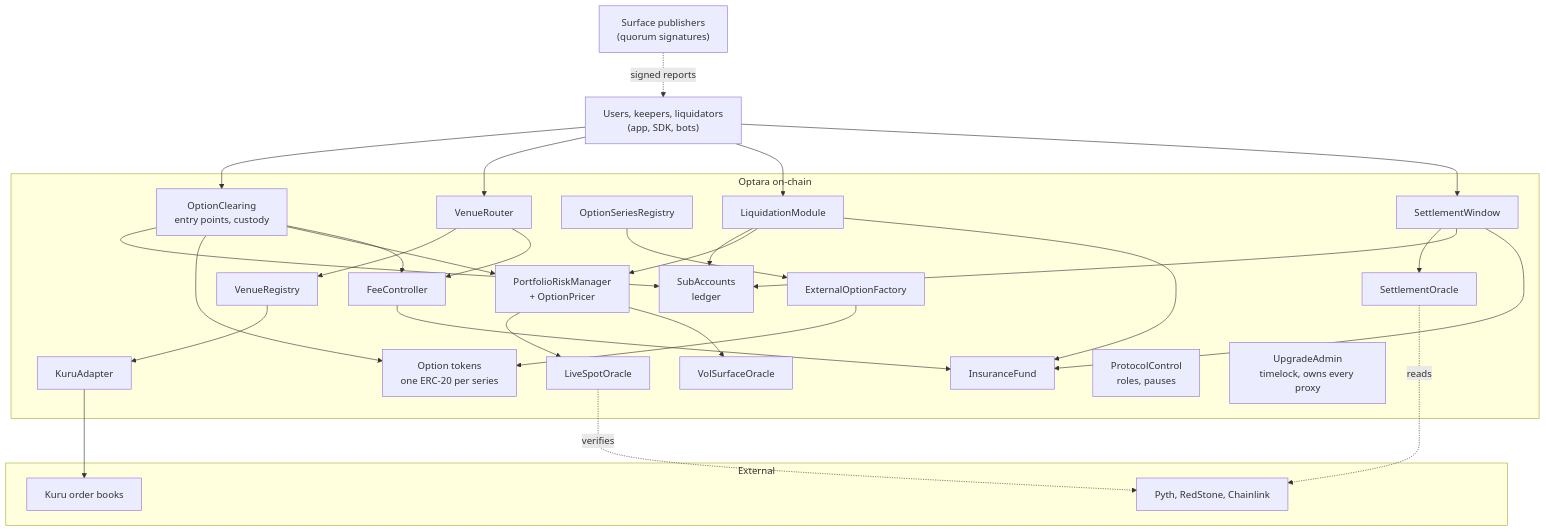
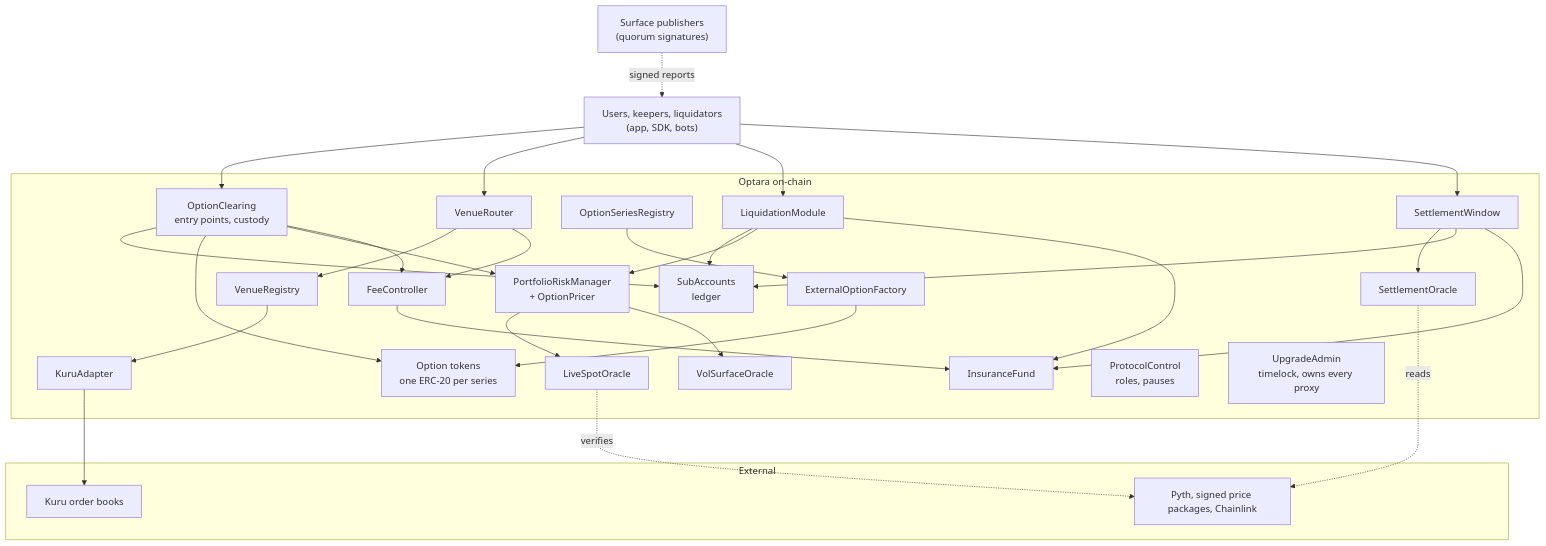
The fourth of 16 diagrams in README.md (Synsight-lab/Optara), drawn with Mermaid before and after one commit. The commit also changed other lines of this file and 21 other files, not shown here.

First line of the commit message:
Testnet MON prices from Optara's price node (Cloudflare Worker); rename RedStone-specific off-chain names

````diff
--- a/README.md
+++ b/README.md
@@ -163,50 +163,50 @@
 ```mermaid
 flowchart TB
     U["Users, keepers, liquidators<br/>(app, SDK, bots)"]
     PUB["Surface publishers<br/>(quorum signatures)"]
     subgraph Ext["External"]
         KU["Kuru order books"]
-        OR["Pyth, RedStone, Chainlink"]
+        OR["Pyth, signed price packages, Chainlink"]
     end
     subgraph Core["Optara on-chain"]
         VR["VenueRouter"] --> VG["VenueRegistry"]
         VG --> KA["KuruAdapter"]
         OC["OptionClearing<br/>entry points, custody"]
         SA["SubAccounts<br/>ledger"]
         REG["OptionSeriesRegistry"]
         FAC["ExternalOptionFactory"] --> WR["Option tokens<br/>one ERC-20 per series"]
         PRM["PortfolioRiskManager<br/>+ OptionPricer"]
         LSO["LiveSpotOracle"]
         VSO["VolSurfaceOracle"]
         SO["SettlementOracle"]
         SW["SettlementWindow"]
         LM["LiquidationModule"]
         FC["FeeController"]
         IF["InsuranceFund"]
         PC["ProtocolControl<br/>roles, pauses"]
         UA["UpgradeAdmin<br/>timelock, owns every proxy"]
     end
     U --> OC
     U --> VR
     U --> LM
     U --> SW
     PUB -. "signed reports" .-> U
     KA --> KU
     OC --> SA
     OC --> WR
     OC --> PRM
     OC --> FC
     PRM --> LSO
     PRM --> VSO
     LSO -. "verifies" .-> OR
     SO -. "reads" .-> OR
     SW --> SO
     SW --> SA
     SW --> IF
     LM --> SA
     LM --> PRM
     LM --> IF
     FC --> IF
     VR --> FC
     REG --> FAC
 ```
````
